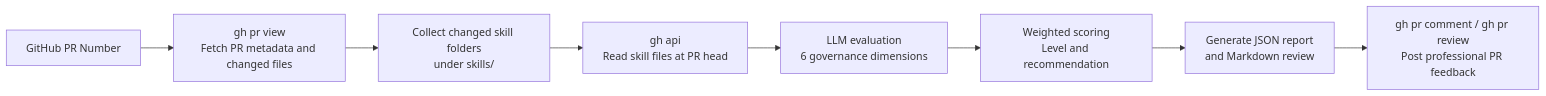
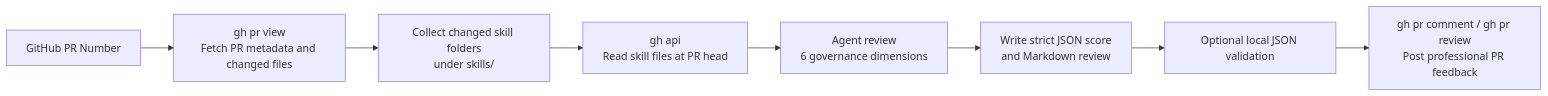
Before and after one commit to albertshao/shawn-skills: the diagram in skills/skills-quality-evaluator/SKILL.md, drawn with Mermaid. The commit also changed other lines of this file and 1 other file, not shown here.

Commit message:
refactor: switch skills evaluator to agent-led review

````diff
--- a/skills/skills-quality-evaluator/SKILL.md
+++ b/skills/skills-quality-evaluator/SKILL.md
@@ -22,10 +22,10 @@
 ```mermaid
 flowchart LR
     A["GitHub PR Number"] --> B["gh pr view<br/>Fetch PR metadata and changed files"]
     B --> C["Collect changed skill folders<br/>under skills/"]
     C --> D["gh api<br/>Read skill files at PR head"]
-    D --> E["LLM evaluation<br/>6 governance dimensions"]
-    E --> F["Weighted scoring<br/>Level and recommendation"]
-    F --> G["Generate JSON report<br/>and Markdown review"]
+    D --> E["Agent review<br/>6 governance dimensions"]
+    E --> F["Write strict JSON score<br/>and Markdown review"]
+    F --> G["Optional local JSON validation"]
     G --> H["gh pr comment / gh pr review<br/>Post professional PR feedback"]
 ```
````
